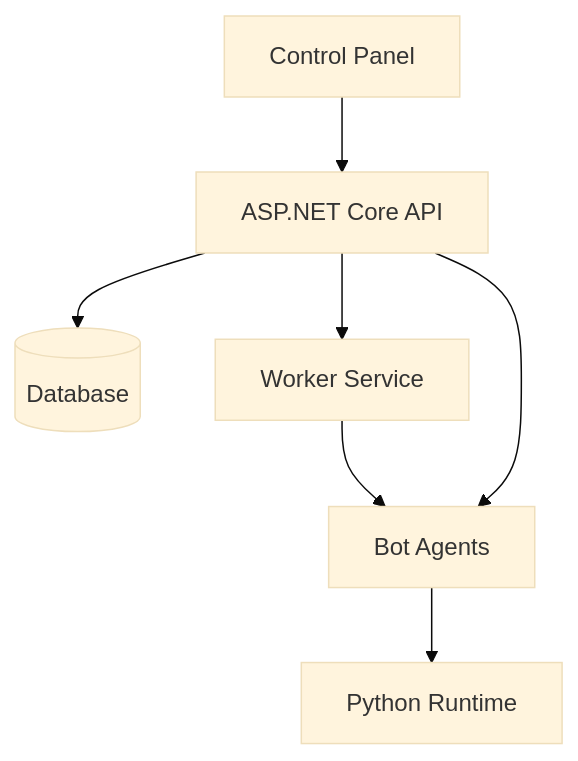
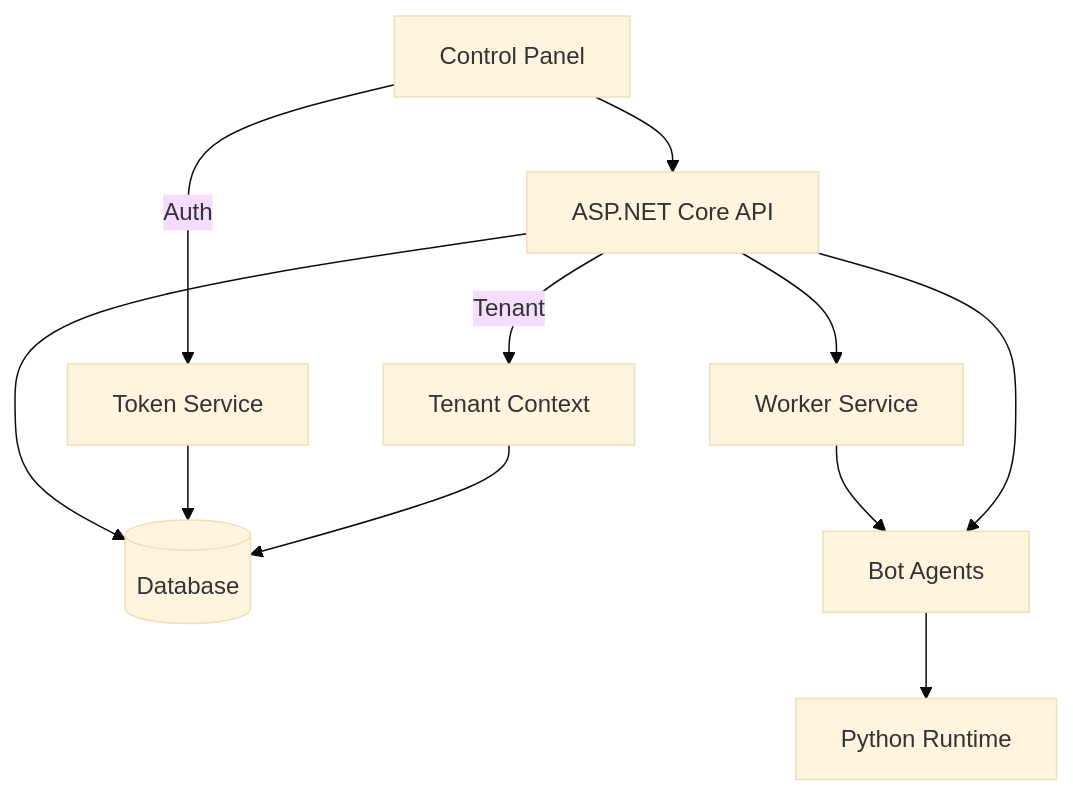
Before and after one commit to OpenAutomateOrg/OpenAutomate.Docs: the third of 4 diagrams in wip/systemPatterns.md, drawn with Mermaid (base theme). The commit also changed other lines of this file and 6 other files, not shown here.

````diff
--- a/wip/systemPatterns.md
+++ b/wip/systemPatterns.md
@@ -36,9 +80,13 @@
 ```mermaid
 graph TD
     CP[Control Panel] --> API[ASP.NET Core API]
     API --> DB[(Database)]
     API --> WS[Worker Service]
     WS --> BA[Bot Agents]
     API --> BA
     BA --> PR[Python Runtime]
+    CP -- Auth --> TS[Token Service]
+    TS --> DB
+    API -- Tenant --> TC[Tenant Context]
+    TC --> DB
 ```
````
